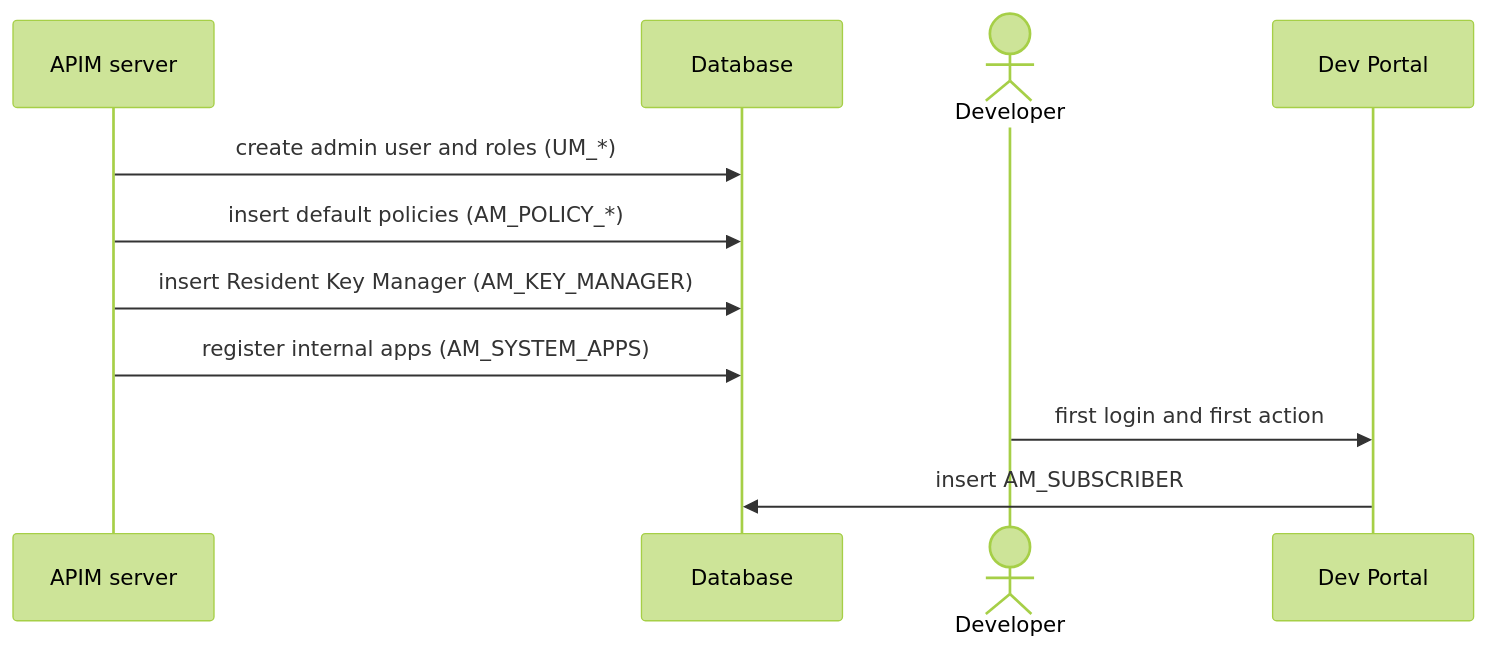
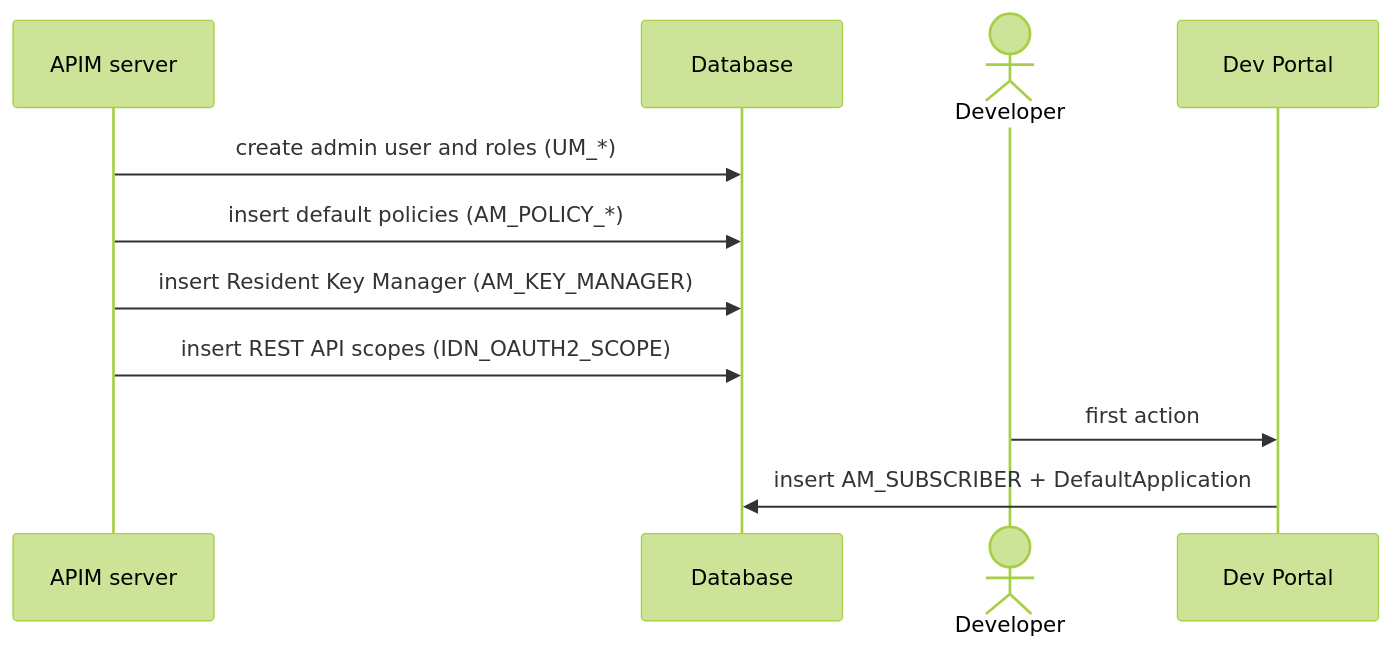
One commit to SaviNimz/apim-db-docs changed the diagram in docs/apim-3/flows/01-bootstrap.md. Above: the diagram before and after it, drawn with Mermaid (forest theme). The commit also changed other lines of this file and 55 other files, not shown here.

First line of the commit message:
Verify all core flows against running 3.2.0 and 4.7.0 servers

````diff
--- a/docs/apim-3/flows/01-bootstrap.md
+++ b/docs/apim-3/flows/01-bootstrap.md
@@ -12,13 +21,13 @@
 ```mermaid
 sequenceDiagram
     participant Server as APIM server
     participant DB as Database
     actor User as Developer
     participant Portal as Dev Portal
     Server->>DB: create admin user and roles (UM_*)
     Server->>DB: insert default policies (AM_POLICY_*)
     Server->>DB: insert Resident Key Manager (AM_KEY_MANAGER)
-    Server->>DB: register internal apps (AM_SYSTEM_APPS)
-    User->>Portal: first login and first action
-    Portal->>DB: insert AM_SUBSCRIBER
+    Server->>DB: insert REST API scopes (IDN_OAUTH2_SCOPE)
+    User->>Portal: first action
+    Portal->>DB: insert AM_SUBSCRIBER + DefaultApplication
 ```
````
